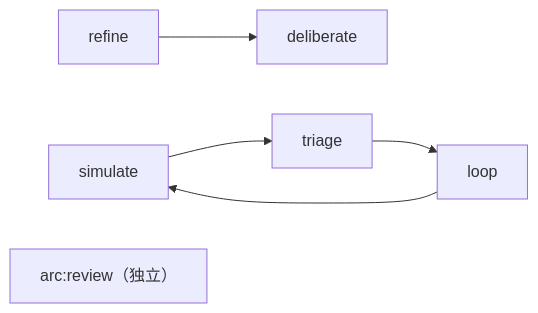
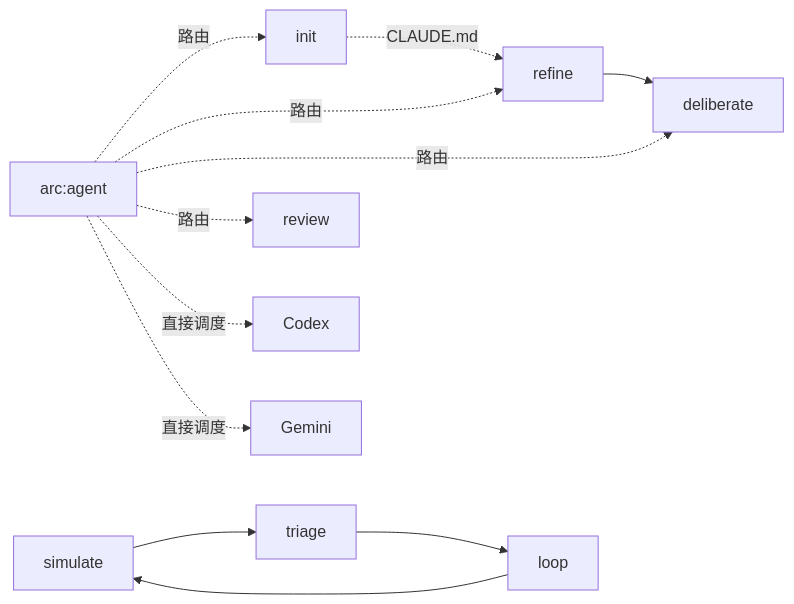
One commit to iwen-conf/Skills changed the second of 2 diagrams in README.md. Above: the diagram before and after it, drawn with Mermaid. The commit also changed other lines of this file and 7 other files, not shown here.

First line of the commit message:
feat: 创建 arc:agent 调度技能 + 全局替换 codeagent-wrapper

````diff
--- a/README.md
+++ b/README.md
@@ -43,6 +60,13 @@
 ```mermaid
 graph LR
+    agent["arc:agent"] -.->|"路由"| init
+    agent -.->|"路由"| refine
+    agent -.->|"路由"| deliberate
+    agent -.->|"路由"| review
+    agent -.->|"直接调度"| codex["Codex"]
+    agent -.->|"直接调度"| gemini["Gemini"]
+
+    init -.->|"CLAUDE.md"| refine
     refine --> deliberate
     simulate --> triage --> loop --> simulate
-    review["arc:review（独立）"]
 ```
````
